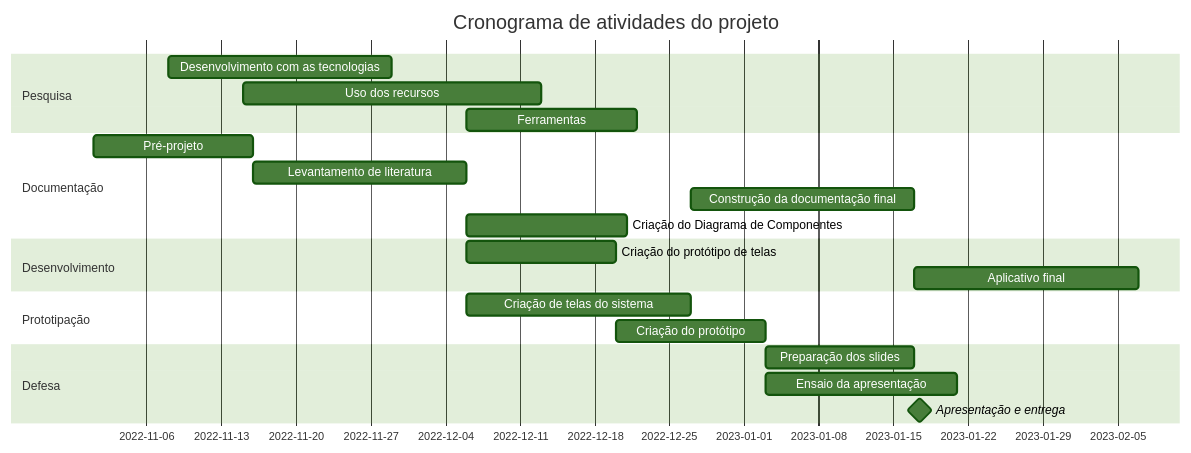
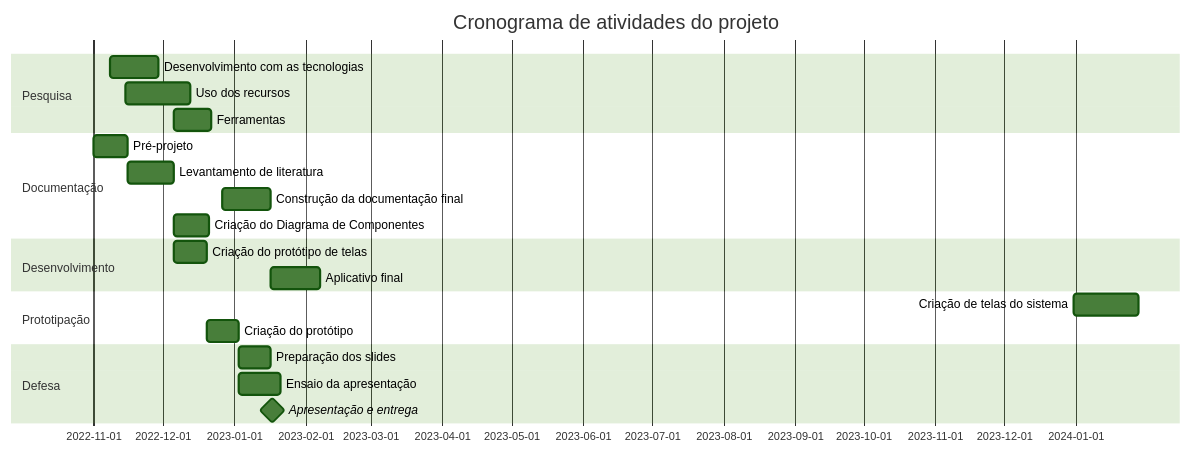
One commit to jonathanlira97/PROJETO-DE-ORIENTA-O-AO-SEMIN-RIO-INTEGRADO-1---2022- changed the diagram in README.md. Above: the diagram before and after it, drawn with Mermaid (forest theme).

````diff
--- a/README.md
+++ b/README.md
@@ -7,25 +7,25 @@
 ```mermaid
     gantt
     title Cronograma de atividades do projeto
     dateFormat  YYYY-MM-DD
     section Pesquisa
     Desenvolvimento com as tecnologias     :   a1, 2022-11-08, 21d
     Uso dos recursos    : a2, 2022-11-15, 28d
     Ferramentas   : a3, after a2, 16d
     section Documentação
     Pré-projeto     :a1, 2022-11-01, 15d
     Levantamento de literatura   :a2,after a1  , 20d
     Construção da documentação final  :a3, 2022-12-27, 21d
     Criação do Diagrama de Componentes: c3, 2022-12-06, 15d
     section Desenvolvimento
     Criação do protótipo de telas  :  c2, after a2, 14d
     Aplicativo final   :     c3, after a3, 21d
     section Prototipação
-    Criação de telas do sistema     :    c3, 2022-12-06, 21d
+    Criação de telas do sistema     :    c3, 2023-12-31, 28d
     Criação do protótipo      :c3,     after c2, 14d
     section Defesa
     Preparação dos slides :p1, after c3, 14d
     Ensaio da apresentação :p2, after c3, 18d
     Apresentação e entrega  :milestone, after p1, 1d
     
 ``` 
````
